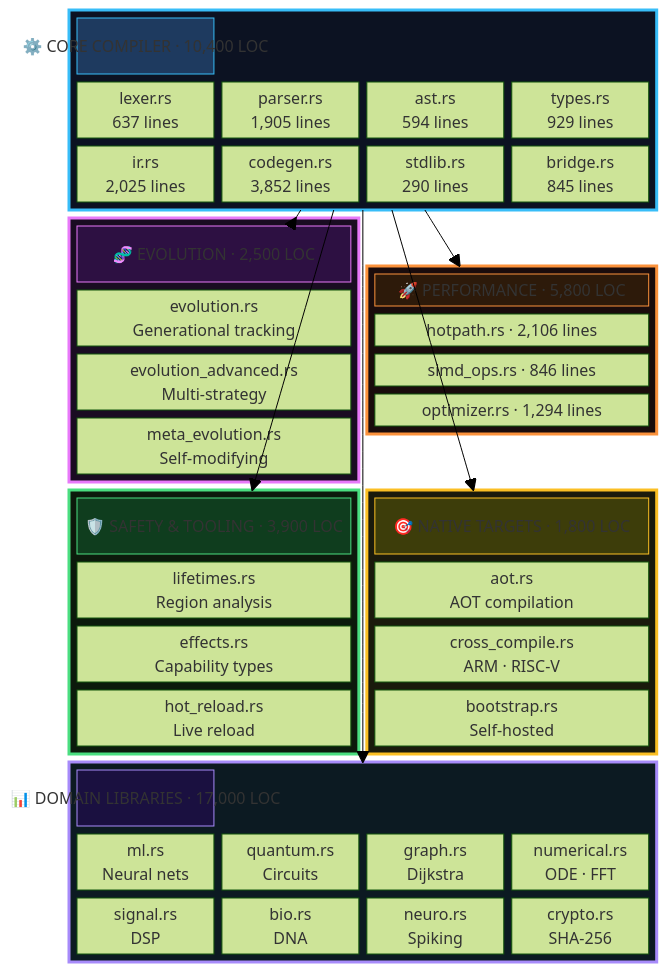
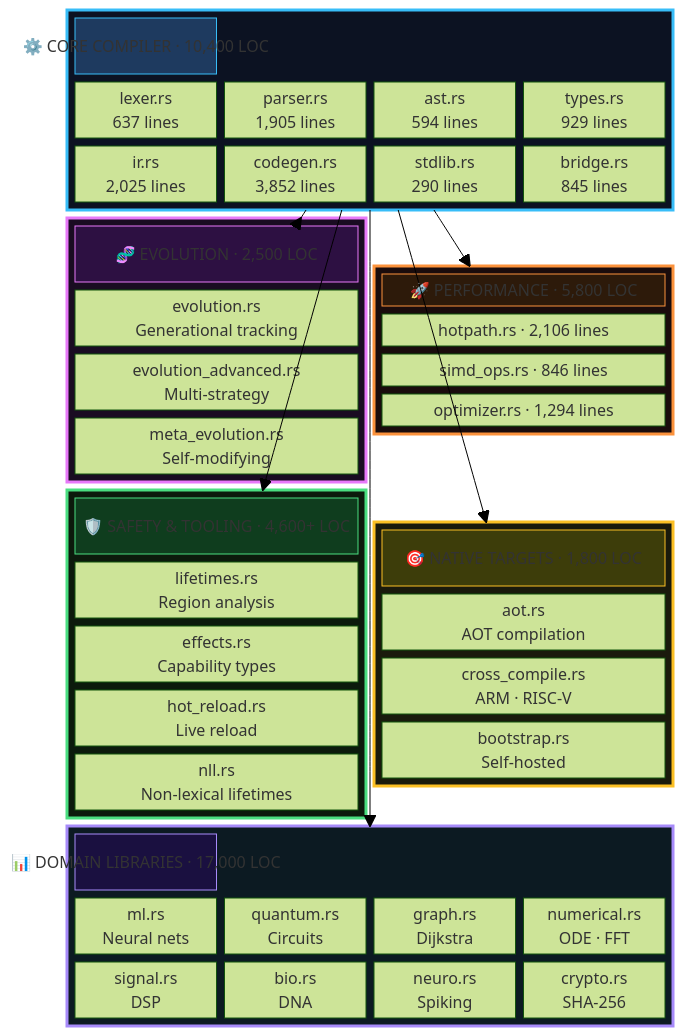
The third of 7 diagrams in README.md (ModernOps888/vitalis), drawn with Mermaid (forest theme) before and after one commit. The commit also changed other lines of this file and 9 other files, not shown here.

First line of the commit message:
v23.0.0: Non-Lexical Lifetimes (NLL) — CFG-based borrow analysis

````diff
--- a/README.md
+++ b/README.md
@@ -154,81 +154,82 @@
 ```mermaid
 block-beta
     columns 4
 
     block:CORE:4
         columns 4
         A["⚙️ CORE COMPILER · 10,400 LOC"]:4
         B["lexer.rs\n637 lines"]
         C["parser.rs\n1,905 lines"]
         D["ast.rs\n594 lines"]
         E["types.rs\n929 lines"]
         F["ir.rs\n2,025 lines"]
         G["codegen.rs\n3,852 lines"]
         H["stdlib.rs\n290 lines"]
         I["bridge.rs\n845 lines"]
     end
 
     block:EVO:2
         columns 1
         J["🧬 EVOLUTION · 2,500 LOC"]
         K["evolution.rs\nGenerational tracking"]
         L["evolution_advanced.rs\nMulti-strategy"]
         M["meta_evolution.rs\nSelf-modifying"]
     end
 
     block:PERF:2
         columns 1
         N["🚀 PERFORMANCE · 5,800 LOC"]
         O["hotpath.rs · 2,106 lines"]
         P["simd_ops.rs · 846 lines"]
         Q["optimizer.rs · 1,294 lines"]
     end
 
     block:SAFETY:2
         columns 1
-        SA["🛡️ SAFETY & TOOLING · 3,900 LOC"]
+        SA["🛡️ SAFETY & TOOLING · 4,600+ LOC"]
         SB["lifetimes.rs\nRegion analysis"]
         SC["effects.rs\nCapability types"]
         SD["hot_reload.rs\nLive reload"]
+        SE["nll.rs\nNon-lexical lifetimes"]
     end
 
     block:NATIVE:2
         columns 1
         NA["🎯 NATIVE TARGETS · 1,800 LOC"]
         NB["aot.rs\nAOT compilation"]
         NC["cross_compile.rs\nARM · RISC-V"]
         ND["bootstrap.rs\nSelf-hosted"]
     end
 
     block:MATH:4
         columns 4
         R["📊 DOMAIN LIBRARIES · 17,000 LOC"]:4
         S["ml.rs\nNeural nets"]
         T["quantum.rs\nCircuits"]
         U["graph.rs\nDijkstra"]
         V["numerical.rs\nODE · FFT"]
         W["signal.rs\nDSP"]
         X["bio.rs\nDNA"]
         Y["neuro.rs\nSpiking"]
         Z["crypto.rs\nSHA-256"]
     end
 
     CORE --> EVO
     CORE --> PERF
     CORE --> SAFETY
     CORE --> NATIVE
     CORE --> MATH
 
     style CORE fill:#0c1222,stroke:#38bdf8,stroke-width:3px,color:#bae6fd
     style EVO fill:#1a0c22,stroke:#e879f9,stroke-width:3px,color:#f5d0fe
     style PERF fill:#1a0c0c,stroke:#fb923c,stroke-width:3px,color:#fed7aa
     style SAFETY fill:#0c1a0c,stroke:#4ade80,stroke-width:3px,color:#dcfce7
     style NATIVE fill:#1a1a0c,stroke:#fbbf24,stroke-width:3px,color:#fef3c7
     style MATH fill:#0c1a22,stroke:#a78bfa,stroke-width:3px,color:#ddd6fe
     style A fill:#1e3a5f,stroke:#38bdf8,color:#e0f2fe
     style J fill:#2d1042,stroke:#e879f9,color:#f5d0fe
     style N fill:#2d1a0a,stroke:#fb923c,color:#fed7aa
     style SA fill:#0f3d1e,stroke:#4ade80,color:#dcfce7
     style NA fill:#3d3d0a,stroke:#fbbf24,color:#fef3c7
     style R fill:#1a1040,stroke:#a78bfa,color:#ddd6fe
 ```
````
